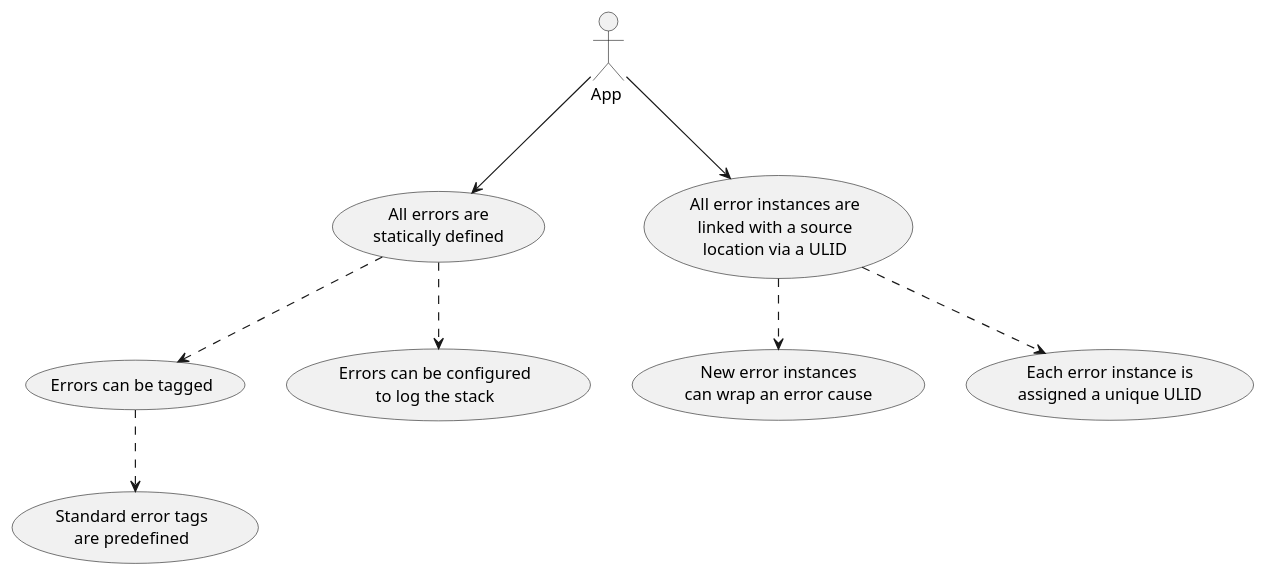
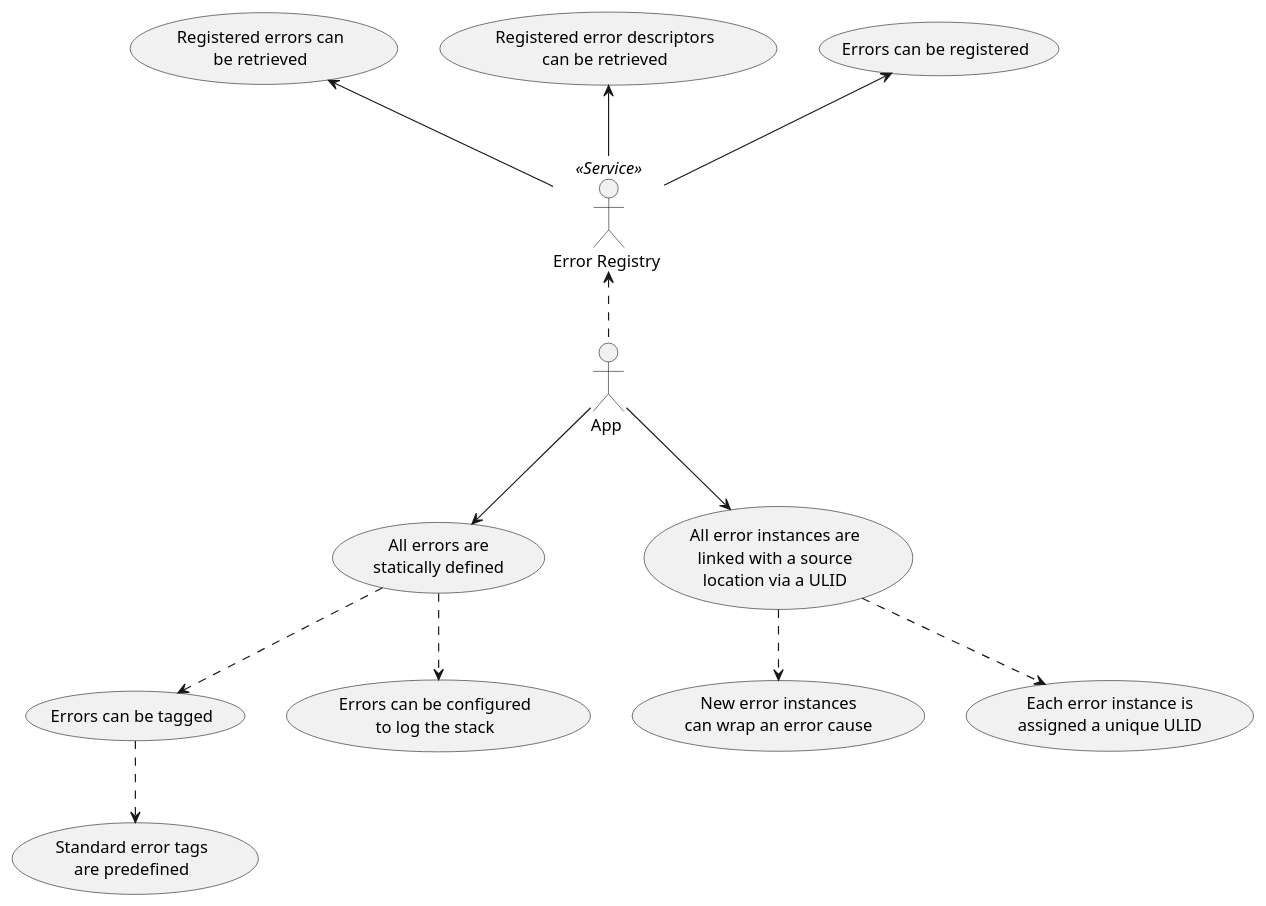
One commit to oysterpack/andiamo changed the diagram in pkg/app/err/usecases.puml. Above: the diagram before and after it, drawn with PlantUML. The commit also changed 8 other files, not shown here.

First line of the commit message:
Created new err.Registry

```diff
--- a/pkg/app/err/usecases.puml
+++ b/pkg/app/err/usecases.puml
@@ -1,33 +1,57 @@
 @startuml
+skinparam usecase {
+	BackgroundColor<< NEW >> DarkSeaGreen
+	BorderColor<< NEW >> YellowGreen
+}
+
 actor :App : as APP
+actor :Error Registry :as ERROR_REGISTRY <<Service>>
 
 usecase STD_ERRORS as "All errors are
 statically defined"
 
 usecase ERR_INSTANCE as "All error instances are
 linked with a source
 location via a ULID"
 
 usecase ERR_TAGS as "Errors can be tagged"
 
 usecase STD_TAGS as "Standard error tags
 are predefined"
 
 usecase ERR_CAUSE as "New error instances
 can wrap an error cause"
 
 usecase ERR_STACK as "Errors can be configured
 to log the stack"
 
 usecase ERR_INSTANCE_ID as "Each error instance is
 assigned a unique ULID"
 
 STD_ERRORS ..> ERR_TAGS
 STD_ERRORS ..> ERR_STACK
 ERR_INSTANCE ..> ERR_CAUSE
 ERR_INSTANCE ..> ERR_INSTANCE_ID
 ERR_TAGS ..> STD_TAGS
 
 APP --> STD_ERRORS
 APP --> ERR_INSTANCE
+
+APP .up.> ERROR_REGISTRY
+
+usecase REGISTER_ERR as "Errors can be registered"
+
+usecase LIST_ERR_DESCS as "
+Registered error descriptors
+can be retrieved"
+
+usecase LIST_ERRS as "
+Registered errors can
+be retrieved
+"
+
+ERROR_REGISTRY -up-> REGISTER_ERR
+ERROR_REGISTRY -up-> LIST_ERR_DESCS
+ERROR_REGISTRY -up-> LIST_ERRS
+
 @enduml
```
